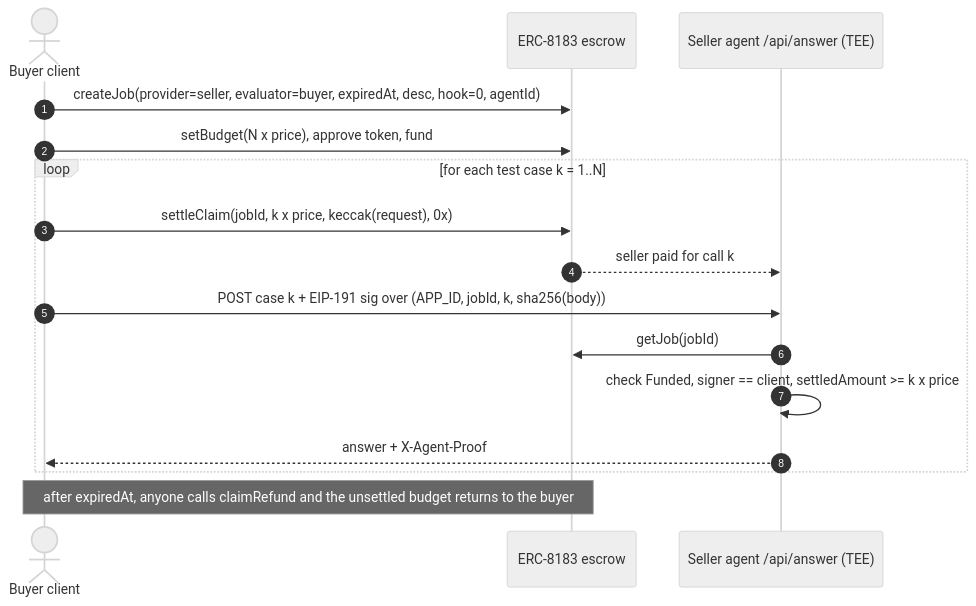
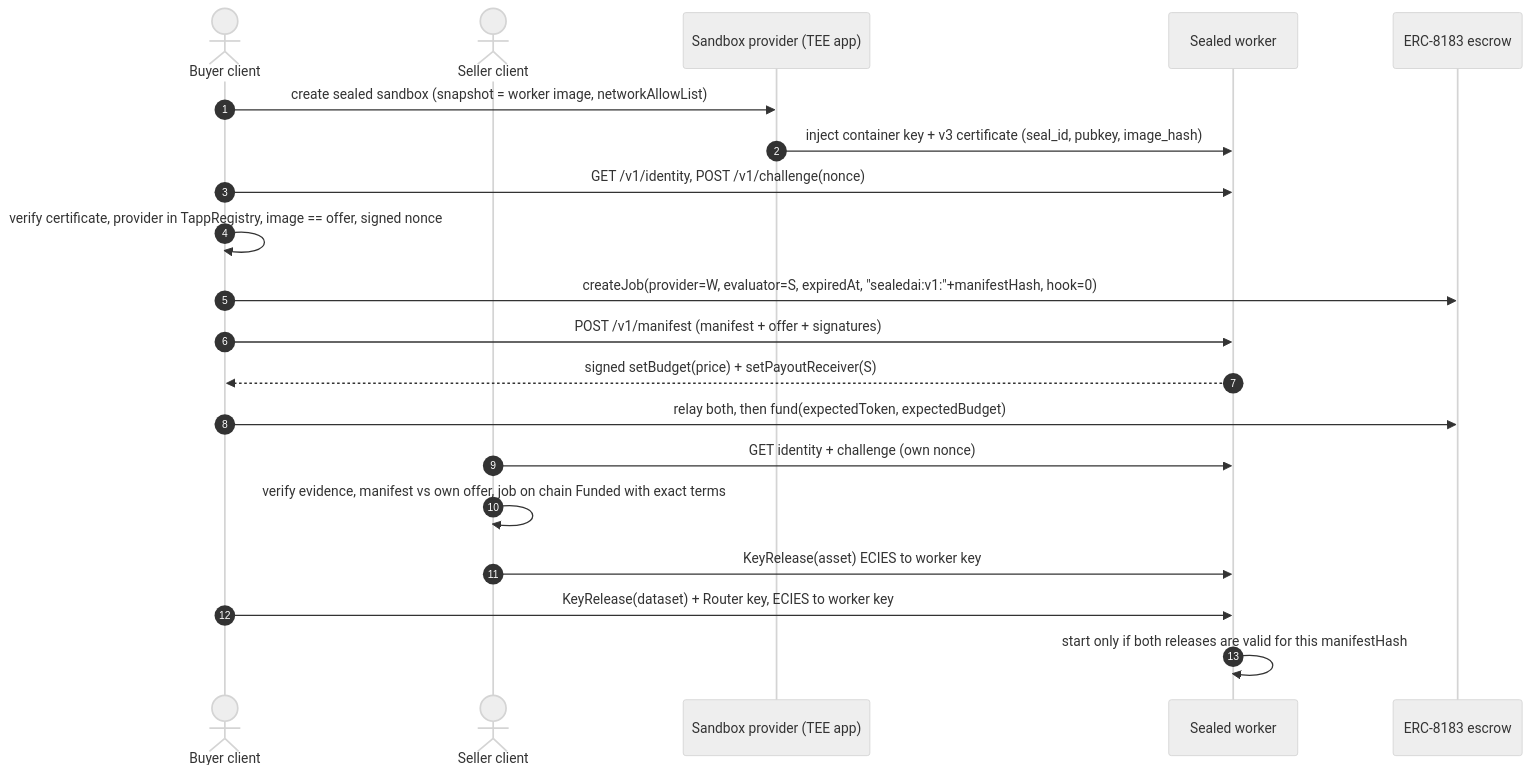
The sixth of 16 diagrams in docs/ARCHITECTURE.md (Soni-Shivam/Pivot_HTE), drawn with Mermaid (neutral theme) before and after one commit. The commit also changed other lines of this file and 9 other files, not shown here.

First line of the commit message:
Revise plan after PR review: restore customization agent and two-party worker

````diff
--- a/docs/ARCHITECTURE.md
+++ b/docs/ARCHITECTURE.md
@@ -157,18 +172,22 @@
 ```mermaid
 sequenceDiagram
     autonumber
     actor B as Buyer client
+    actor S as Seller client
+    participant P as Sandbox provider (TEE app)
+    participant W as Sealed worker
     participant E as ERC-8183 escrow
-    participant A as Seller agent /api/answer (TEE)
-    B->>E: createJob(provider=seller, evaluator=buyer, expiredAt, desc, hook=0, agentId)
-    B->>E: setBudget(N x price), approve token, fund
-    loop for each test case k = 1..N
-        B->>E: settleClaim(jobId, k x price, keccak(request), 0x)
-        E-->>A: seller paid for call k
-        B->>A: POST case k + EIP-191 sig over (APP_ID, jobId, k, sha256(body))
-        A->>E: getJob(jobId)
-        A->>A: check Funded, signer == client, settledAmount >= k x price
-        A-->>B: answer + X-Agent-Proof
-    end
-    Note over B,E: after expiredAt, anyone calls claimRefund and the unsettled budget returns to the buyer
+    B->>P: create sealed sandbox (snapshot = worker image, networkAllowList)
+    P->>W: inject container key + v3 certificate (seal_id, pubkey, image_hash)
+    B->>W: GET /v1/identity, POST /v1/challenge(nonce)
+    B->>B: verify certificate, provider in TappRegistry, image == offer, signed nonce
+    B->>E: createJob(provider=W, evaluator=S, expiredAt, "sealedai:v1:"+manifestHash, hook=0)
+    B->>W: POST /v1/manifest (manifest + offer + signatures)
+    W-->>B: signed setBudget(price) + setPayoutReceiver(S)
+    B->>E: relay both, then fund(expectedToken, expectedBudget)
+    S->>W: GET identity + challenge (own nonce)
+    S->>S: verify evidence, manifest vs own offer, job on chain Funded with exact terms
+    S->>W: KeyRelease(asset) ECIES to worker key
+    B->>W: KeyRelease(dataset) + Router key, ECIES to worker key
+    W->>W: start only if both releases are valid for this manifestHash
 ```
````
